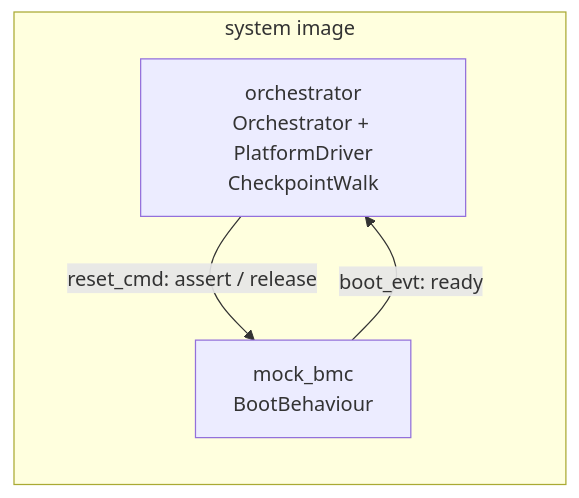
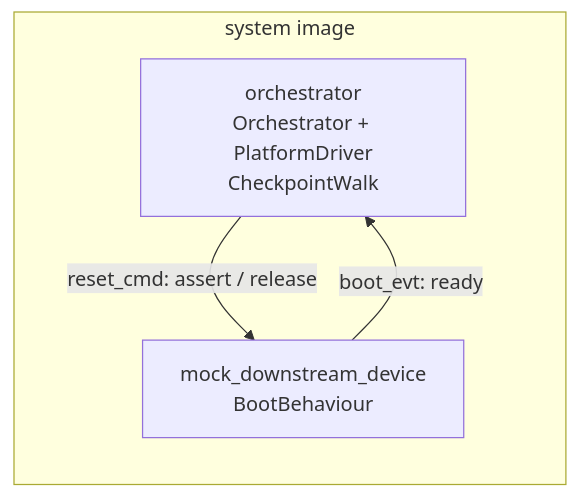
The first of 4 diagrams in target/ast10x0/tests/integration/README.md (OpenPRoT/openprot), drawn with Mermaid before and after one commit. The commit also changed other lines of this file and 18 other files, not shown here.

First line of the commit message:
Rename the mock BMC to the mock downstream device

````diff
--- a/target/ast10x0/tests/integration/README.md
+++ b/target/ast10x0/tests/integration/README.md
@@ -79,9 +79,9 @@
 ```mermaid
 flowchart LR
     subgraph image["system image"]
         orch["orchestrator<br/>Orchestrator + PlatformDriver<br/>CheckpointWalk"]
-        bmc["mock_bmc<br/>BootBehaviour"]
+        bmc["mock_downstream_device<br/>BootBehaviour"]
     end
     orch -- "reset_cmd: assert / release" --> bmc
     bmc -- "boot_evt: ready" --> orch
 ```
````
